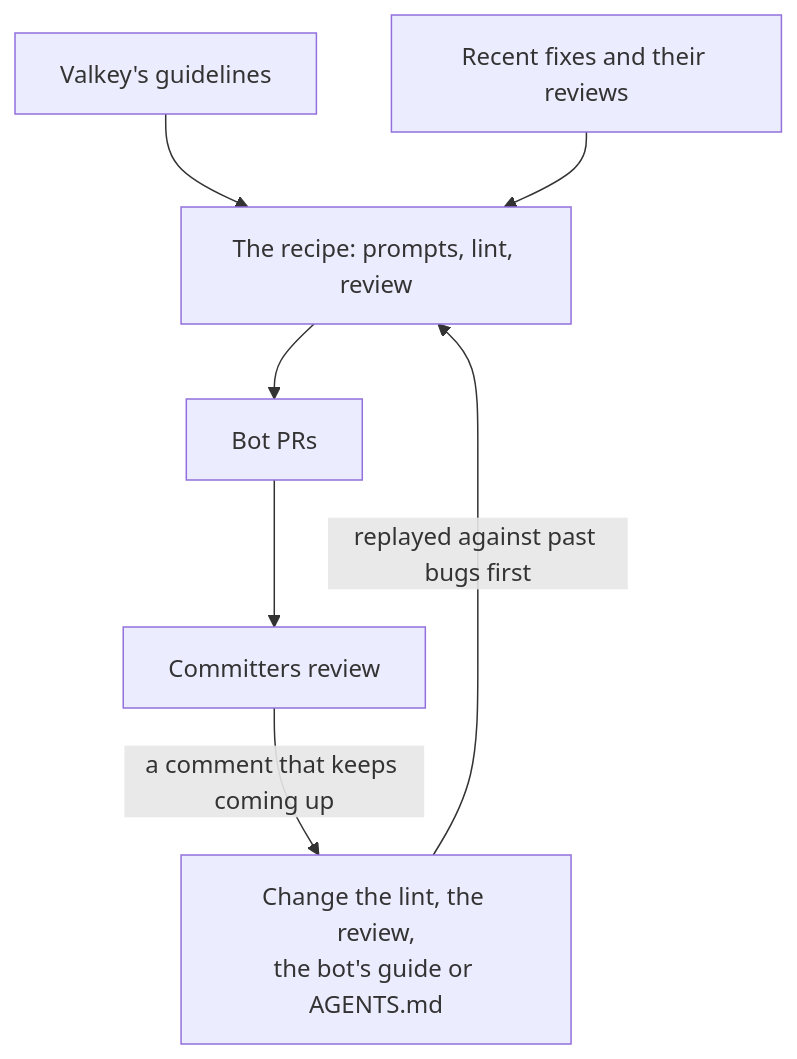
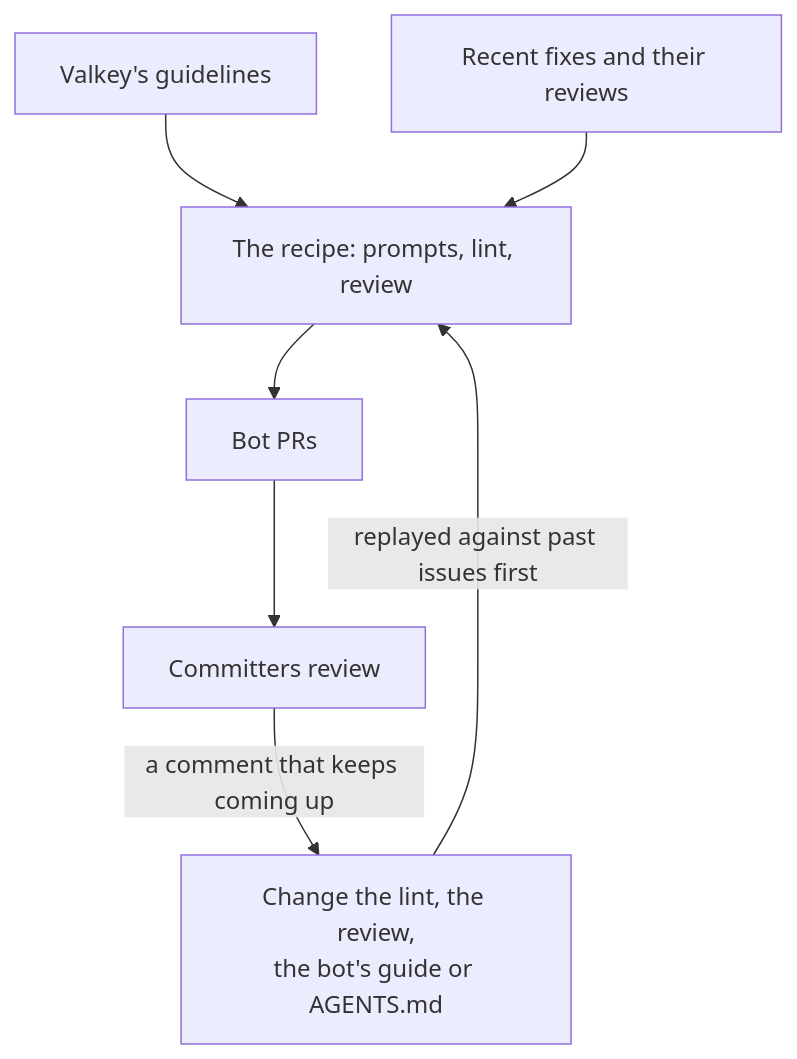
Before and after one commit to sarthakaggarwal97/valkey-ci-agent: the fourth of 5 diagrams in docs/design/software-factory.md, drawn with Mermaid. The commit also changed other lines of this file, not shown here.

````diff
--- a/docs/design/software-factory.md
+++ b/docs/design/software-factory.md
@@ -203,9 +200,9 @@
 ```mermaid
 flowchart TD
     G["Valkey's guidelines"] --> R["The recipe: prompts, lint, review"]
     E["Recent fixes and their reviews"] --> R
     R --> PR["Bot PRs"]
     PR --> RV["Committers review"]
     RV -->|"a comment that keeps coming up"| CH["Change the lint, the review,<br/>the bot's guide or AGENTS.md"]
-    CH -->|"replayed against past bugs first"| R
+    CH -->|"replayed against past issues first"| R
 ```
````
